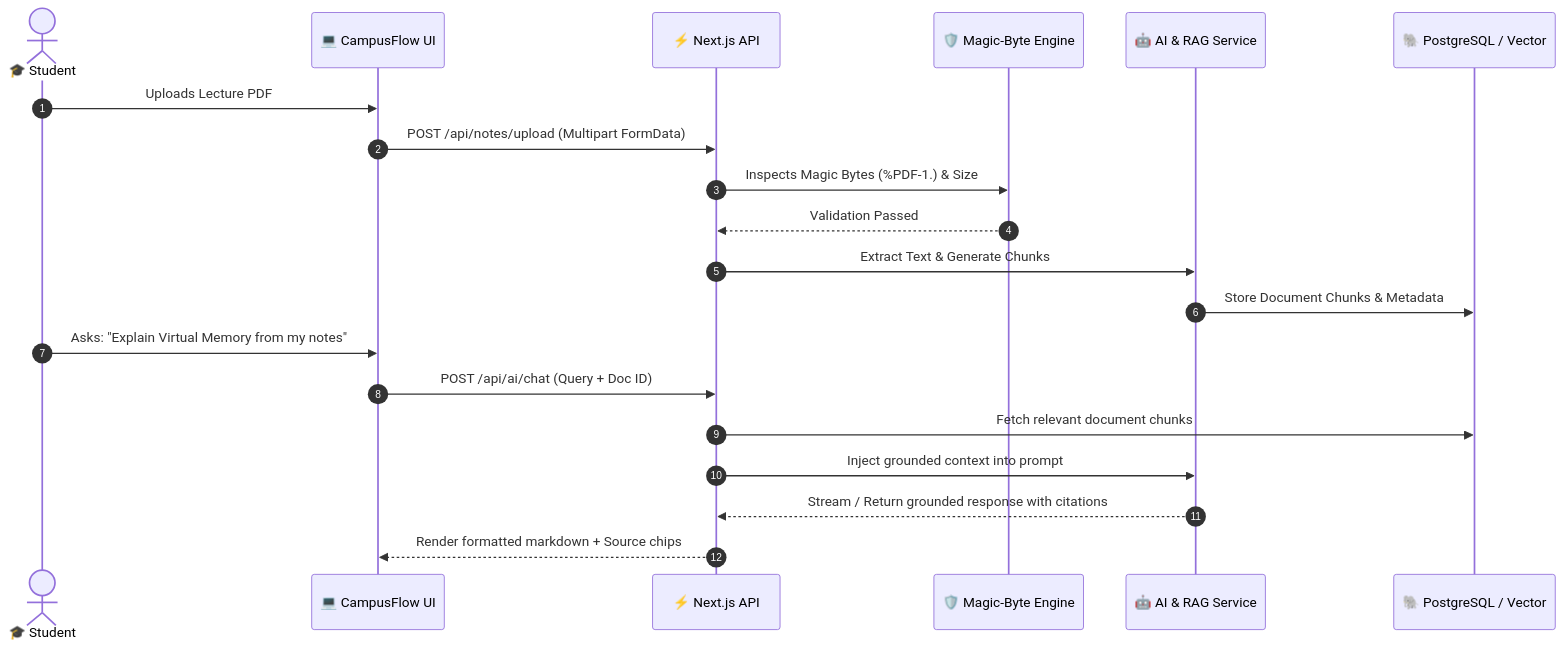
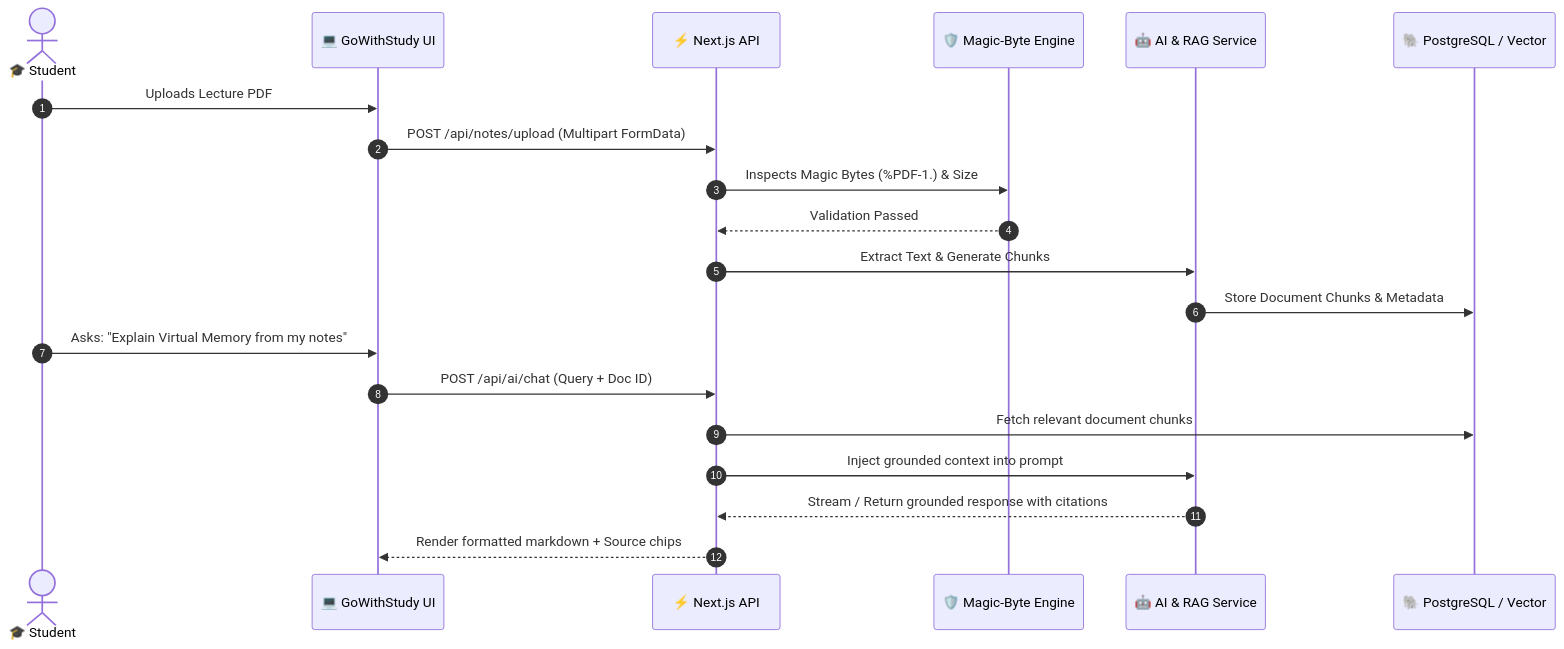
One commit to igaurav25/gowithstudy changed the second of 3 diagrams in README.md. Above: the diagram before and after it, drawn with Mermaid. The commit also changed other lines of this file and 14 other files, not shown here.

````diff
--- a/README.md
+++ b/README.md
@@ -79,24 +79,24 @@
 ```mermaid
 sequenceDiagram
     autonumber
     actor Student as 🎓 Student
-    participant Browser as 💻 CampusFlow UI
+    participant Browser as 💻 GoWithStudy UI
     participant Server as ⚡ Next.js API
     participant Validator as 🛡️ Magic-Byte Engine
     participant RAG as 🤖 AI & RAG Service
     participant DB as 🐘 PostgreSQL / Vector
 
     Student->>Browser: Uploads Lecture PDF
     Browser->>Server: POST /api/notes/upload (Multipart FormData)
     Server->>Validator: Inspects Magic Bytes (%PDF-1.) & Size
     Validator-->>Server: Validation Passed
     Server->>RAG: Extract Text & Generate Chunks
     RAG->>DB: Store Document Chunks & Metadata
     
     Student->>Browser: Asks: "Explain Virtual Memory from my notes"
     Browser->>Server: POST /api/ai/chat (Query + Doc ID)
     Server->>DB: Fetch relevant document chunks
     Server->>RAG: Inject grounded context into prompt
     RAG-->>Server: Stream / Return grounded response with citations
     Server-->>Browser: Render formatted markdown + Source chips
 ```
````
